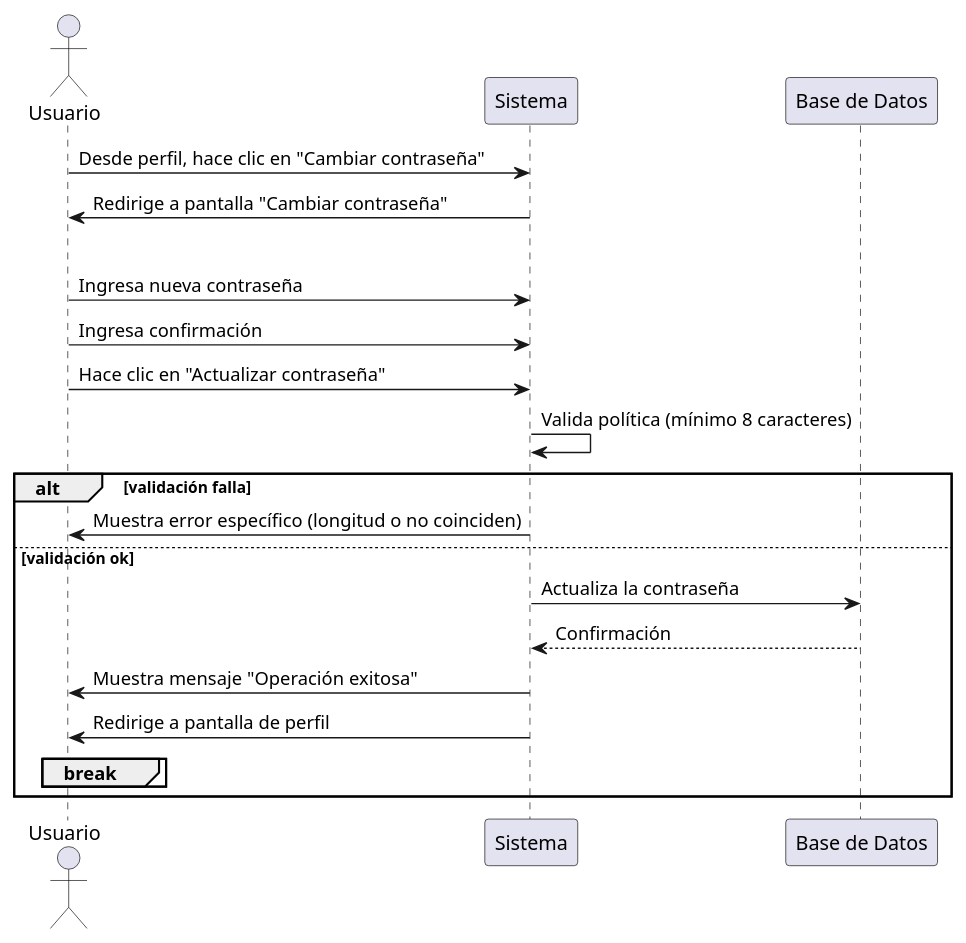
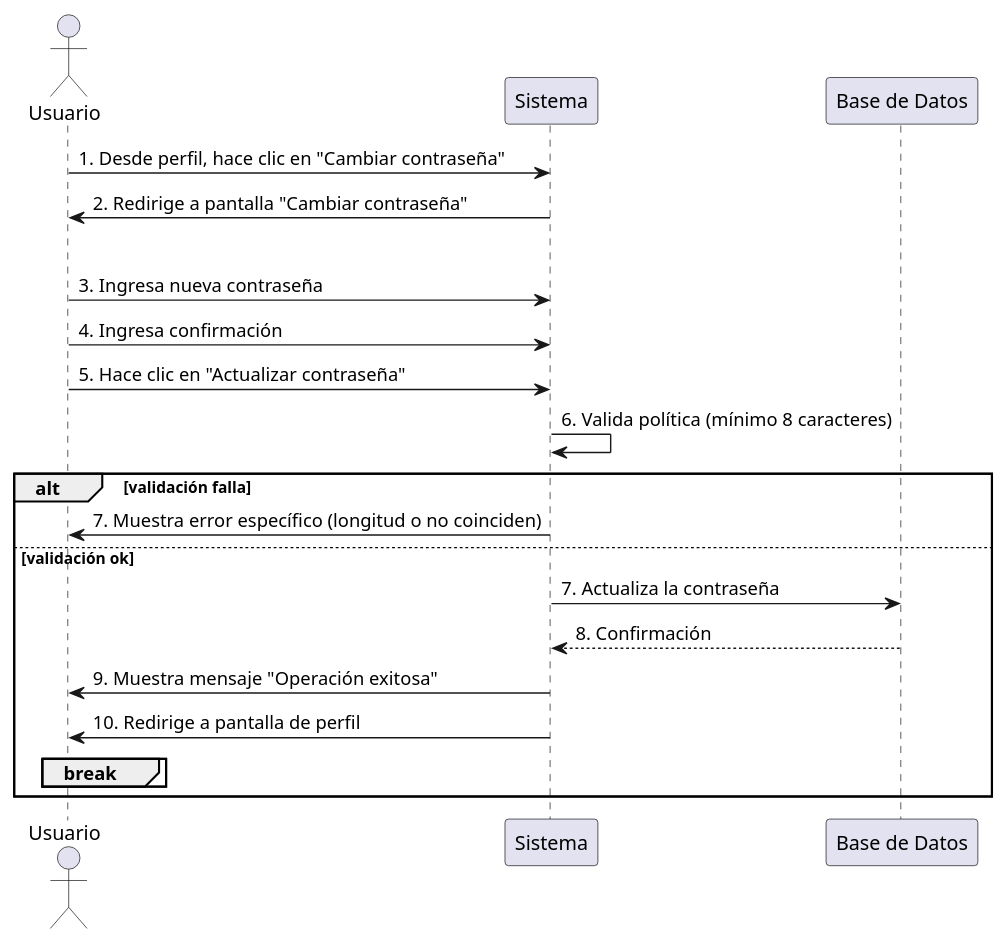
Before and after one commit to LauKnitIn/SISTEMA-GESTOR-DE-RECORRIDOS: the diagram in diagramas_modulo_autenticacion/secuencia-modulo-autenticacion/Secuencia_Cambiar_contraseña.puml, drawn with PlantUML. The commit also changed 4 other files, not shown here.

Commit message:
Se agrego numeración a los pasos de los diagramas de secuencia

```diff
--- a/diagramas_modulo_autenticacion/secuencia-modulo-autenticacion/Secuencia_Cambiar_contraseña.puml
+++ b/diagramas_modulo_autenticacion/secuencia-modulo-autenticacion/Secuencia_Cambiar_contraseña.puml
@@ -1,26 +1,26 @@
 @startuml
 actor Usuario
 participant "Sistema" as S
 participant "Base de Datos" as BD
 
-Usuario -> S: Desde perfil, hace clic en "Cambiar contraseña"
-S -> Usuario: Redirige a pantalla "Cambiar contraseña"
+Usuario -> S: 1. Desde perfil, hace clic en "Cambiar contraseña"
+S -> Usuario: 2. Redirige a pantalla "Cambiar contraseña"
 
 loop while contraseña no válida
-  Usuario -> S: Ingresa nueva contraseña
-  Usuario -> S: Ingresa confirmación
-  Usuario -> S: Hace clic en "Actualizar contraseña"
+  Usuario -> S: 3. Ingresa nueva contraseña
+  Usuario -> S: 4. Ingresa confirmación
+  Usuario -> S: 5. Hace clic en "Actualizar contraseña"
   
-  S -> S: Valida política (mínimo 8 caracteres)
+  S -> S: 6. Valida política (mínimo 8 caracteres)
   
   alt validación falla
-    S -> Usuario: Muestra error específico (longitud o no coinciden)
+    S -> Usuario: 7. Muestra error específico (longitud o no coinciden)
   else validación ok
-    S -> BD: Actualiza la contraseña
-    BD --> S: Confirmación
-    S -> Usuario: Muestra mensaje "Operación exitosa"
-    S -> Usuario: Redirige a pantalla de perfil
+    S -> BD: 7. Actualiza la contraseña
+    BD --> S: 8. Confirmación
+    S -> Usuario: 9. Muestra mensaje "Operación exitosa"
+    S -> Usuario: 10. Redirige a pantalla de perfil
     break
   end
 end
 @enduml
```
